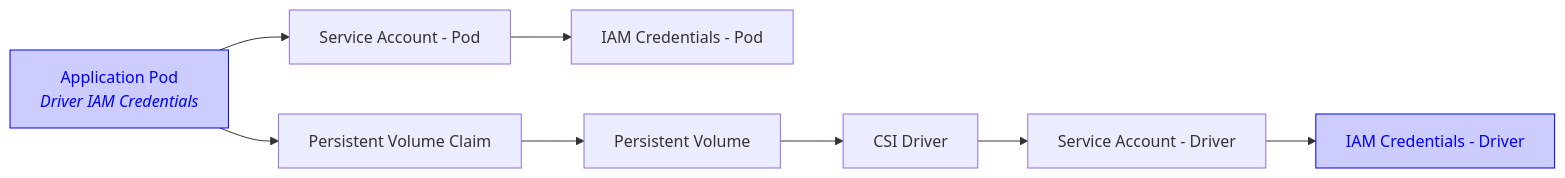
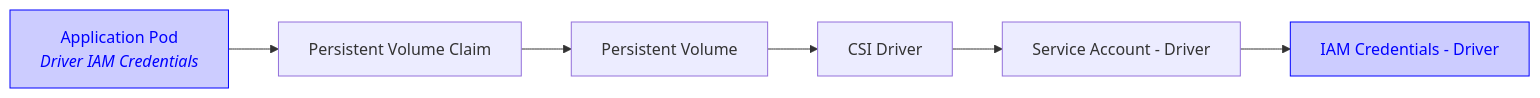
Before and after one commit to awslabs/mountpoint-s3-csi-driver: the first of 4 diagrams in docs/CONFIGURATION.md, drawn with Mermaid. The commit also changed other lines of this file, not shown here.

First line of the commit message:
Remove unneeded nodes in docs diagrams

````diff
--- a/docs/CONFIGURATION.md
+++ b/docs/CONFIGURATION.md
@@ -42,31 +42,27 @@
 ```mermaid
 graph LR;
     CSI[CSI Driver]
 
     P["`Application Pod
     *Driver IAM Credentials*`"]
 
     SA_D[Service Account - Driver]
-    SA_P[Service Account - Pod]
 
     IAM_D[IAM Credentials - Driver]
-    IAM_P[IAM Credentials - Pod]
 
     PV[Persistent Volume]
     PVC[Persistent Volume Claim]
 
     P --> PVC
 
     PVC --> PV
 
     PV --> CSI
 
     CSI --> SA_D
-    P --> SA_P
 
     SA_D --> IAM_D
-    SA_P --> IAM_P
 
     style IAM_D stroke:#0000ff,fill:#ccccff,color:#0000ff
     style P stroke:#0000ff,fill:#ccccff,color:#0000ff
 ```
````
